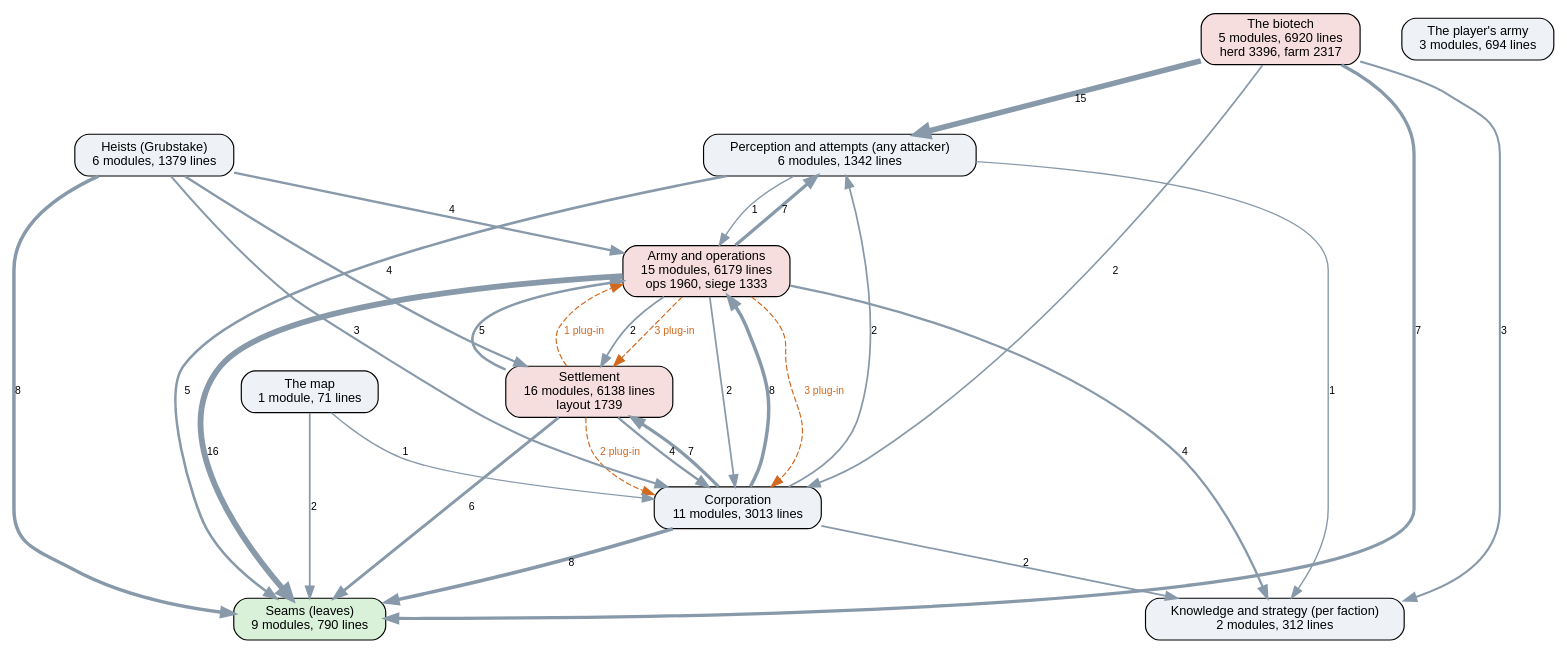
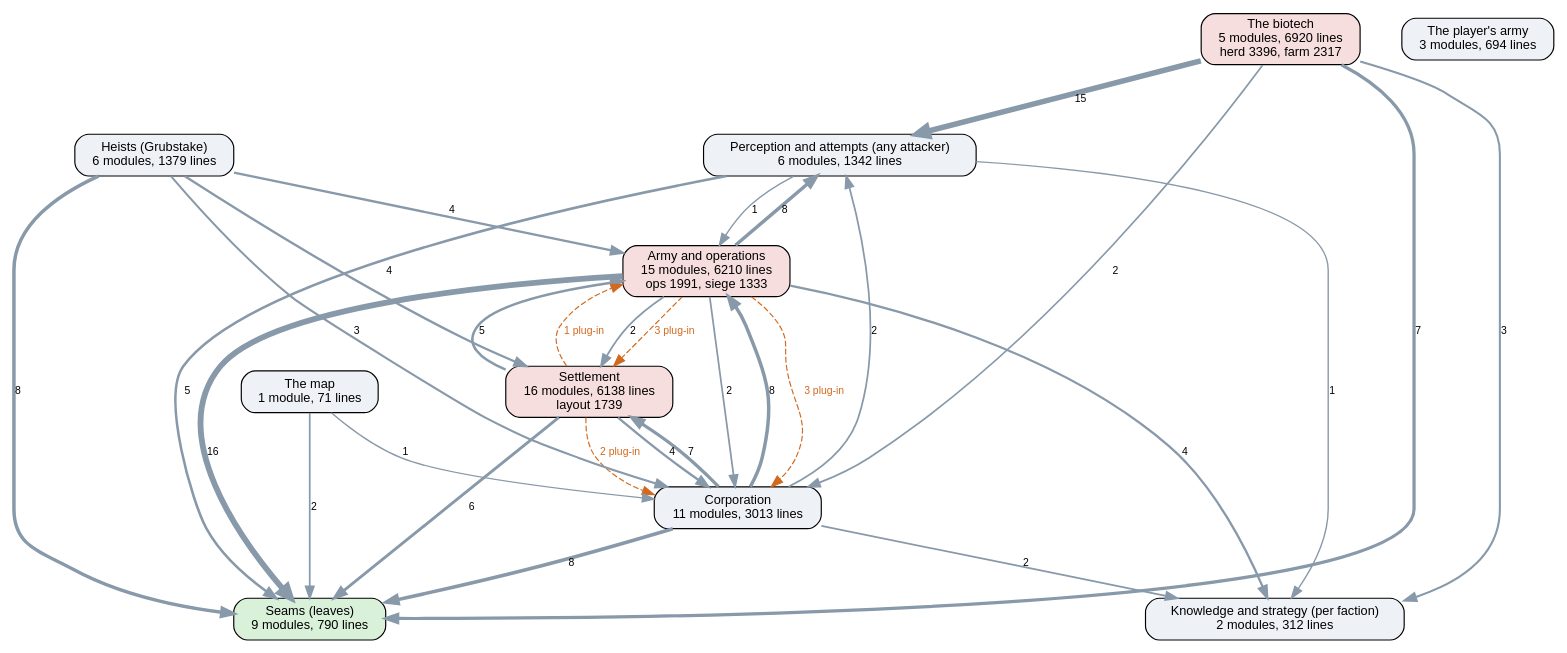
One commit to kinelhu/landing-party changed the diagram in docs/ai-layers.dot. Above: the diagram before and after it, drawn with Graphviz. The commit also changed 8 other files, not shown here.

```diff
--- a/docs/ai-layers.dot
+++ b/docs/ai-layers.dot
@@ -1,45 +1,45 @@
 digraph layers {
   graph [rankdir=TB, fontname="Helvetica", nodesep=0.5, ranksep=0.7];
   node [shape=box, style="rounded,filled", fontname="Helvetica", fontsize=11, fillcolor="#eef2f7"];
   edge [color="#8899aa", fontname="Helvetica", fontsize=9];
   "Seams (leaves)" [label="Seams (leaves)\n9 modules, 790 lines", fillcolor="#d9f0d9"];
   "Perception and attempts (any attacker)" [label="Perception and attempts (any attacker)\n6 modules, 1342 lines", fillcolor="#eef2f7"];
   "Knowledge and strategy (per faction)" [label="Knowledge and strategy (per faction)\n2 modules, 312 lines", fillcolor="#eef2f7"];
   "Corporation" [label="Corporation\n11 modules, 3013 lines", fillcolor="#eef2f7"];
   "Settlement" [label="Settlement\n16 modules, 6138 lines\nlayout 1739", fillcolor="#f7dede"];
-  "Army and operations" [label="Army and operations\n15 modules, 6179 lines\nops 1960, siege 1333", fillcolor="#f7dede"];
+  "Army and operations" [label="Army and operations\n15 modules, 6210 lines\nops 1991, siege 1333", fillcolor="#f7dede"];
   "Heists (Grubstake)" [label="Heists (Grubstake)\n6 modules, 1379 lines", fillcolor="#eef2f7"];
   "The biotech" [label="The biotech\n5 modules, 6920 lines\nherd 3396, farm 2317", fillcolor="#f7dede"];
   "The map" [label="The map\n1 module, 71 lines", fillcolor="#eef2f7"];
   "The player's army" [label="The player's army\n3 modules, 694 lines", fillcolor="#eef2f7"];
   "Army and operations" -> "Corporation" [label="2", penwidth=1.5];
   "Army and operations" -> "Knowledge and strategy (per faction)" [label="4", penwidth=2.0];
-  "Army and operations" -> "Perception and attempts (any attacker)" [label="7", penwidth=2.8];
+  "Army and operations" -> "Perception and attempts (any attacker)" [label="8", penwidth=3.0];
   "Army and operations" -> "Seams (leaves)" [label="16", penwidth=5.0];
   "Army and operations" -> "Settlement" [label="2", penwidth=1.5];
   "Corporation" -> "Army and operations" [label="8", penwidth=3.0];
   "Corporation" -> "Knowledge and strategy (per faction)" [label="2", penwidth=1.5];
   "Corporation" -> "Perception and attempts (any attacker)" [label="2", penwidth=1.5];
   "Corporation" -> "Seams (leaves)" [label="8", penwidth=3.0];
   "Corporation" -> "Settlement" [label="7", penwidth=2.8];
   "Heists (Grubstake)" -> "Army and operations" [label="4", penwidth=2.0];
   "Heists (Grubstake)" -> "Corporation" [label="3", penwidth=1.8];
   "Heists (Grubstake)" -> "Seams (leaves)" [label="8", penwidth=3.0];
   "Heists (Grubstake)" -> "Settlement" [label="4", penwidth=2.0];
   "Perception and attempts (any attacker)" -> "Army and operations" [label="1", penwidth=1.2];
   "Perception and attempts (any attacker)" -> "Knowledge and strategy (per faction)" [label="1", penwidth=1.2];
   "Perception and attempts (any attacker)" -> "Seams (leaves)" [label="5", penwidth=2.2];
   "Settlement" -> "Army and operations" [label="5", penwidth=2.2];
   "Settlement" -> "Corporation" [label="4", penwidth=2.0];
   "Settlement" -> "Seams (leaves)" [label="6", penwidth=2.5];
   "The biotech" -> "Corporation" [label="2", penwidth=1.5];
   "The biotech" -> "Knowledge and strategy (per faction)" [label="3", penwidth=1.8];
   "The biotech" -> "Perception and attempts (any attacker)" [label="15", penwidth=4.8];
   "The biotech" -> "Seams (leaves)" [label="7", penwidth=2.8];
   "The map" -> "Corporation" [label="1", penwidth=1.2];
   "The map" -> "Seams (leaves)" [label="2", penwidth=1.5];
   "Army and operations" -> "Corporation" [style=dashed, color="#d2691e", fontcolor="#d2691e", label="3 plug-in"];
   "Army and operations" -> "Settlement" [style=dashed, color="#d2691e", fontcolor="#d2691e", label="3 plug-in"];
   "Settlement" -> "Army and operations" [style=dashed, color="#d2691e", fontcolor="#d2691e", label="1 plug-in"];
   "Settlement" -> "Corporation" [style=dashed, color="#d2691e", fontcolor="#d2691e", label="2 plug-in"];
 }
```
